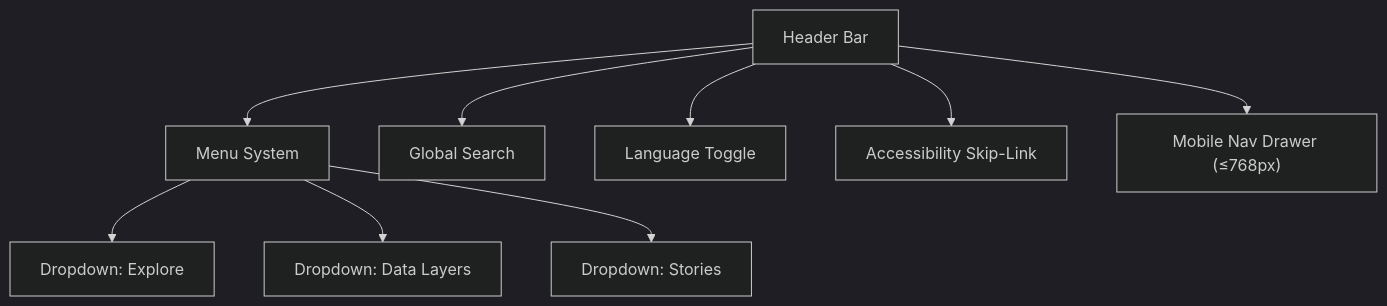
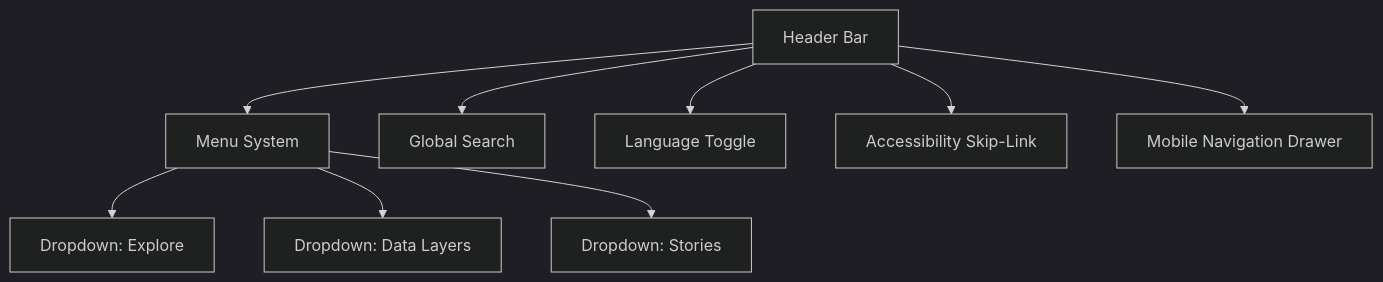
One commit to bartytime4life/Kansas-Frontier-Matrix changed the diagram in docs/design/reviews/ui_components/README.md. Above: the diagram before and after it, drawn with Mermaid (dark theme). The commit also changed other lines of this file, not shown here.

First line of the commit message:
Revise Navigation Component design review details

````diff
--- a/docs/design/reviews/ui_components/README.md
+++ b/docs/design/reviews/ui_components/README.md
@@ -102,11 +119,11 @@
 ```mermaid
 flowchart TD
   A["Header Bar"] --> B["Menu System"]
   B --> C["Dropdown: Explore"]
   B --> D["Dropdown: Data Layers"]
   B --> E["Dropdown: Stories"]
   A --> F["Global Search"]
   A --> G["Language Toggle"]
   A --> H["Accessibility Skip-Link"]
-  A --> I["Mobile Nav Drawer (≤768px)"]
+  A --> I["Mobile Navigation Drawer"]
 ```
````
